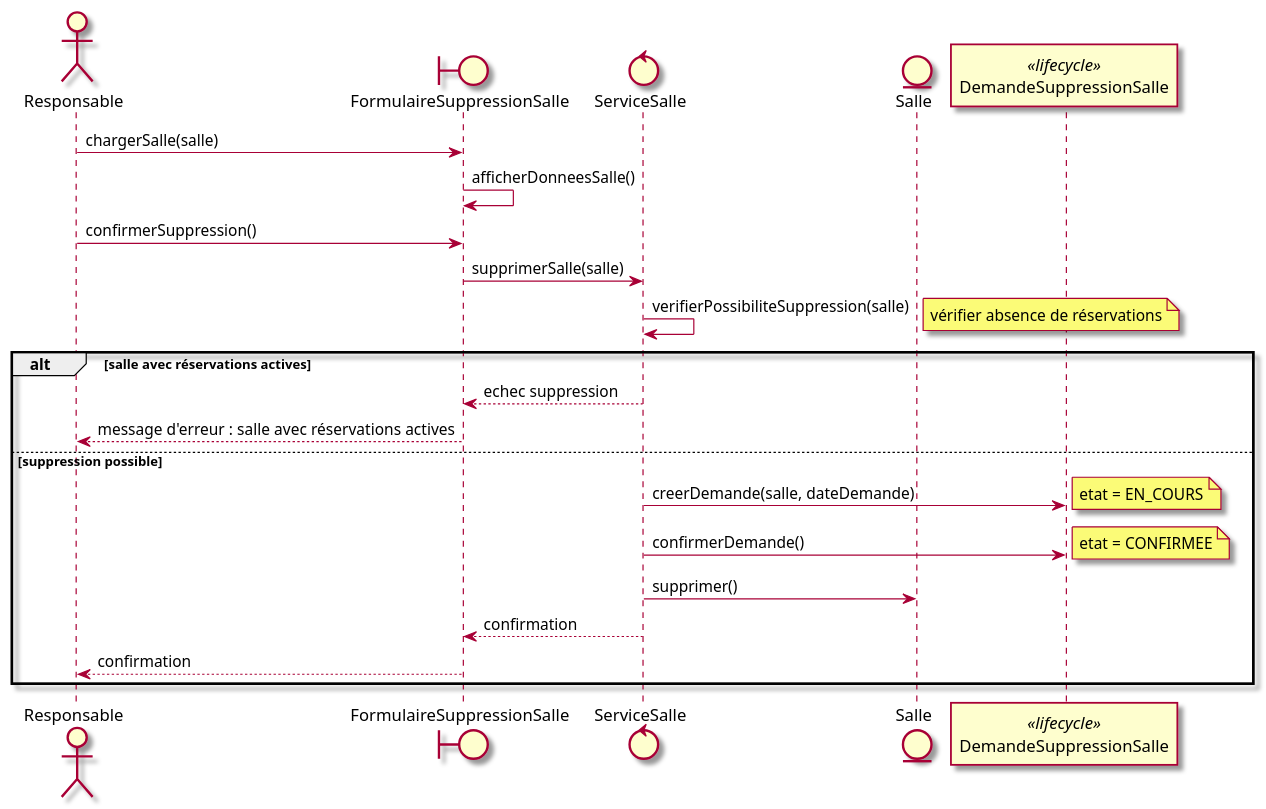
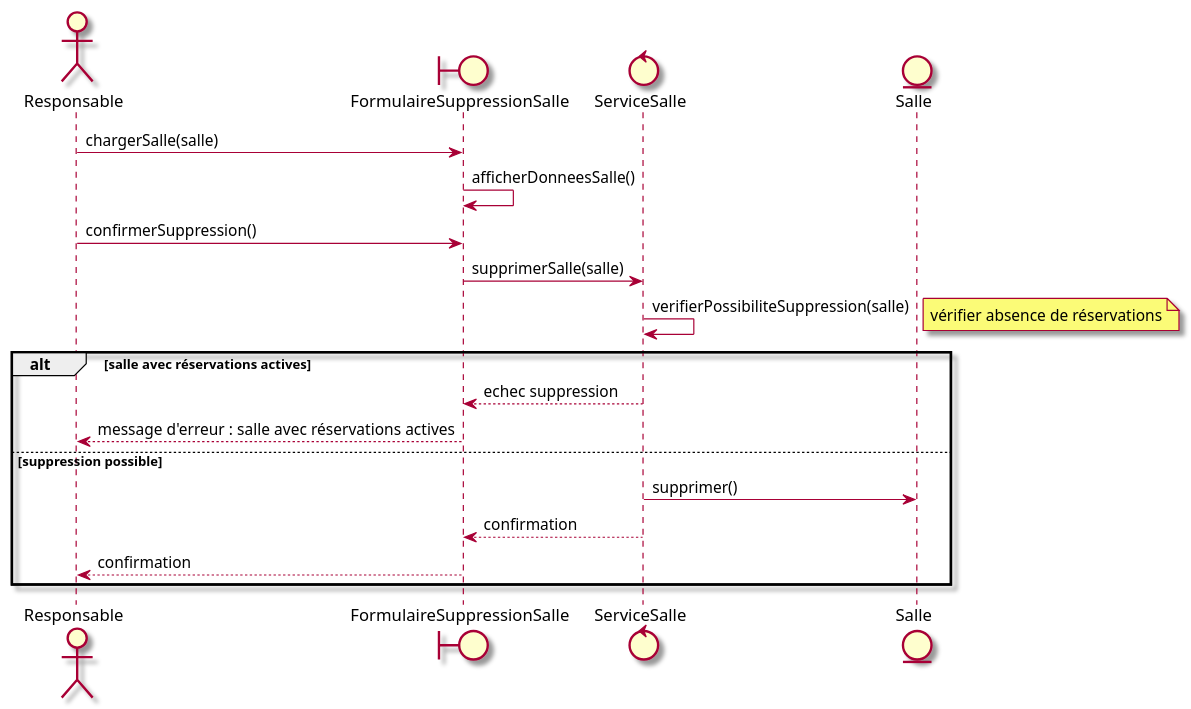
One commit to mrajaonson/glg204-room-management-system changed diagram 25 of 56 in docs/02-Analyse.md. Above: the diagram before and after it, drawn with PlantUML. The commit also changed other lines of this file and 2 other files, not shown here.

````diff
--- a/docs/02-Analyse.md
+++ b/docs/02-Analyse.md
@@ -929,29 +914,24 @@
 ```plantuml
 @startuml
 skin rose
 actor Responsable as r
 boundary FormulaireSuppressionSalle as ui
 control ServiceSalle as svc
 entity Salle as salle
-participant DemandeSuppressionSalle as dds <<lifecycle>>
 
 r -> ui : chargerSalle(salle)
 ui -> ui : afficherDonneesSalle()
 r -> ui : confirmerSuppression()
 ui -> svc : supprimerSalle(salle)
 svc -> svc : verifierPossibiliteSuppression(salle)
 note right : vérifier absence de réservations
 alt salle avec réservations actives
   svc --> ui : echec suppression
   ui --> r : message d'erreur : salle avec réservations actives
 else suppression possible
-  svc -> dds : creerDemande(salle, dateDemande)
-  note right : etat = EN_COURS
-  svc -> dds : confirmerDemande()
-  note right : etat = CONFIRMEE
   svc -> salle : supprimer()
   svc --> ui : confirmation
   ui --> r : confirmation
 end
 @enduml
 ```
````
